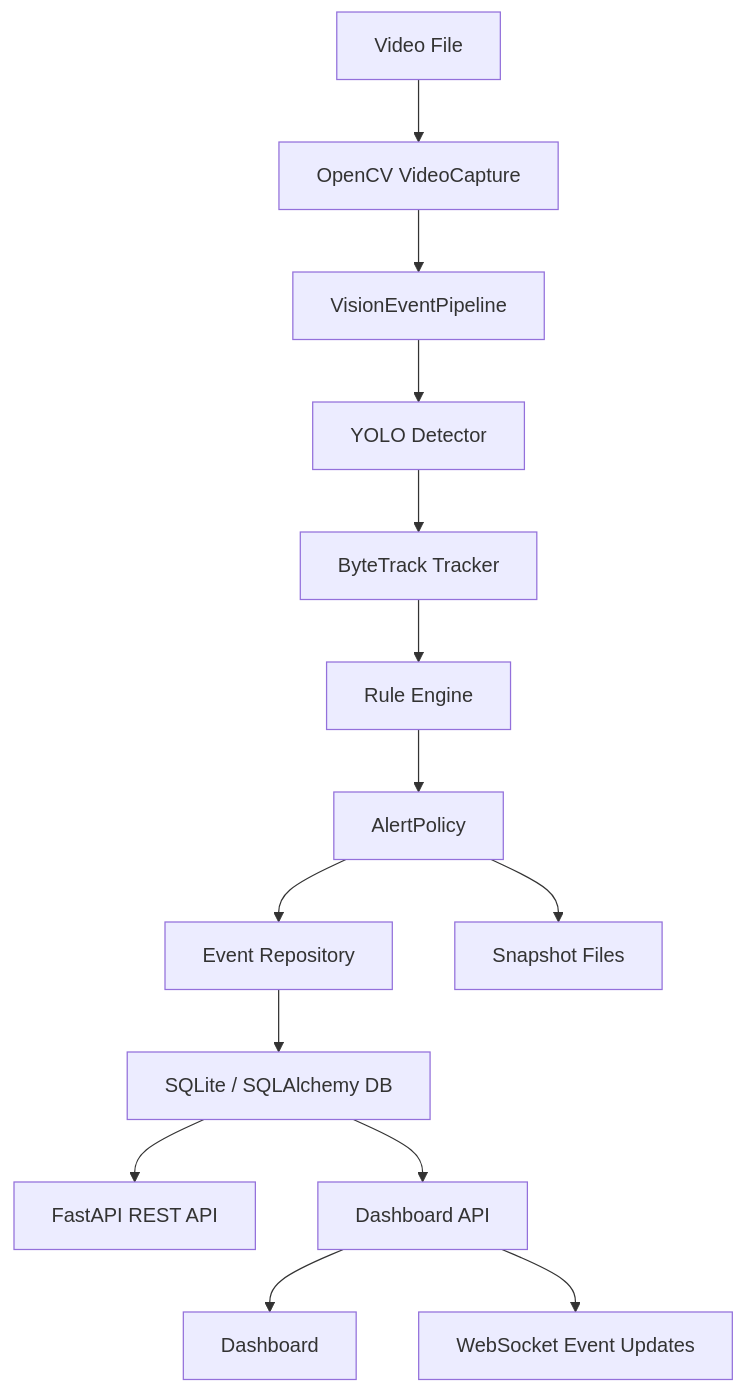
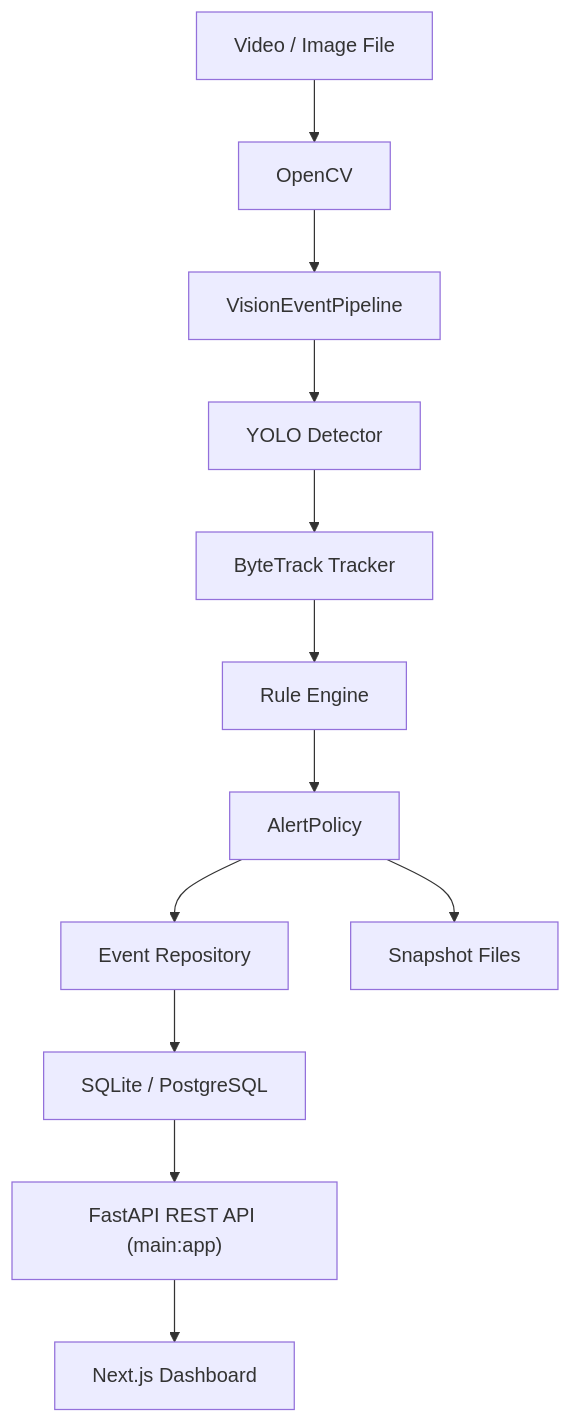
One commit to jiyeon0715/vision-event-platform changed the diagram in README.md. Above: the diagram before and after it, drawn with Mermaid. The commit also changed other lines of this file and 14 other files, not shown here.

````diff
--- a/README.md
+++ b/README.md
@@ -13,16 +13,14 @@
 ```mermaid
 flowchart TD
-    A["Video File"] --> B["OpenCV VideoCapture"]
+    A["Video / Image File"] --> B["OpenCV"]
     B --> C["VisionEventPipeline"]
     C --> D["YOLO Detector"]
     D --> E["ByteTrack Tracker"]
     E --> F["Rule Engine"]
     F --> G["AlertPolicy"]
     G --> H["Event Repository"]
     G --> I["Snapshot Files"]
-    H --> J["SQLite / SQLAlchemy DB"]
-    J --> K["FastAPI REST API"]
-    J --> L["Dashboard API"]
-    L --> M["Dashboard"]
-    L --> N["WebSocket Event Updates"]
+    H --> J["SQLite / PostgreSQL"]
+    J --> K["FastAPI REST API (main:app)"]
+    K --> L["Next.js Dashboard"]
 ```
````
